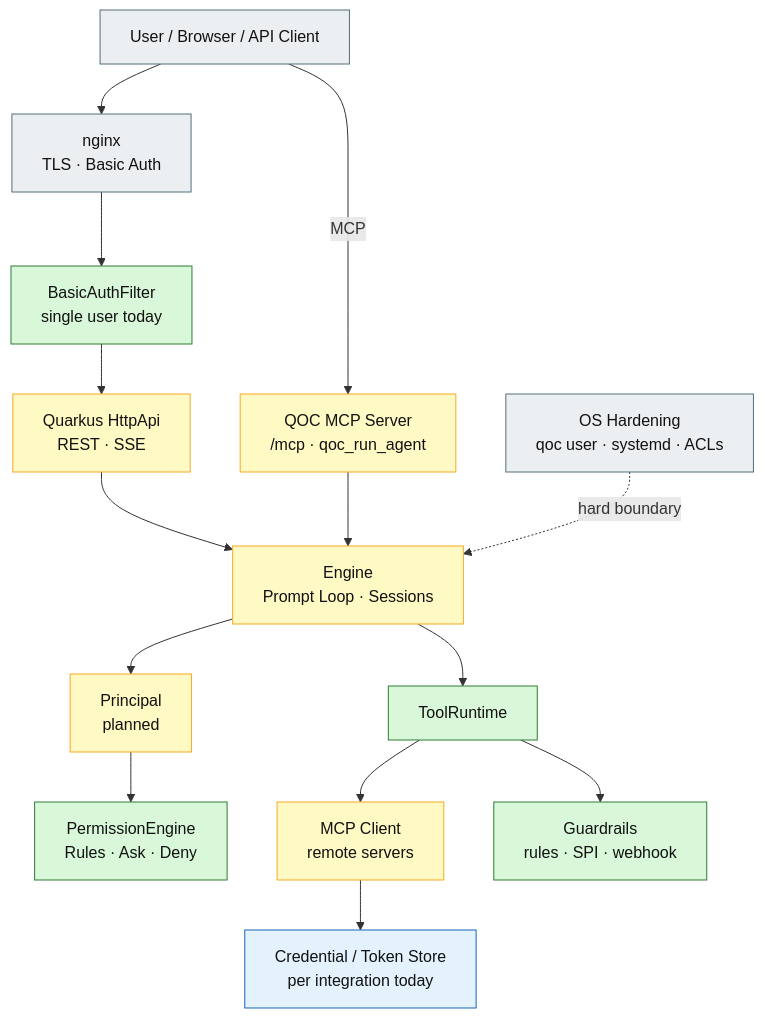
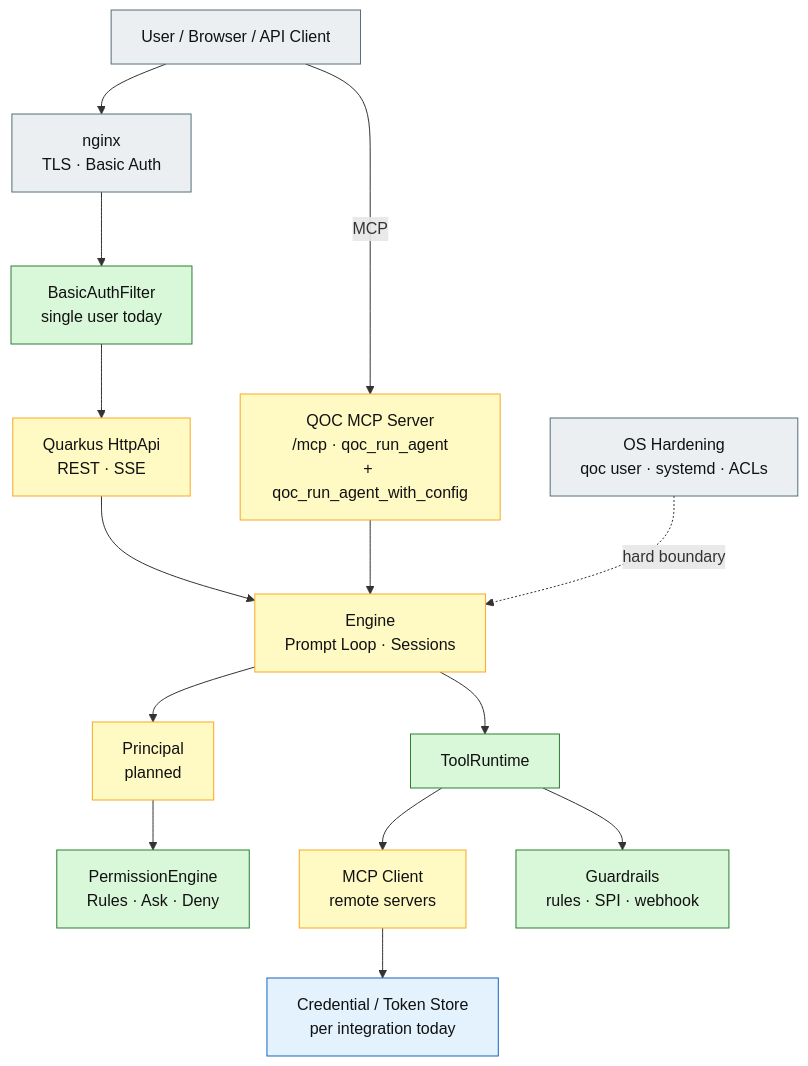
One commit to augmentia-de/QOC changed the diagram in docs/diagrams/11-security-and-mcp.md. Above: the diagram before and after it, drawn with Mermaid. The commit also changed other lines of this file and 99 other files, not shown here.

````diff
--- a/docs/diagrams/11-security-and-mcp.md
+++ b/docs/diagrams/11-security-and-mcp.md
@@ -9,36 +9,36 @@
 ```mermaid
 flowchart TB
   User["User / Browser / API Client"]:::ext
   Edge["nginx<br/>TLS · Basic Auth"]:::ext
   Api["Quarkus HttpApi<br/>REST · SSE"]:::mixed
   Auth["BasicAuthFilter<br/>single user today"]:::det
   Engine["Engine<br/>Prompt Loop · Sessions"]:::mixed
   Principal["Principal<br/>planned"]:::mixed
   Perm["PermissionEngine<br/>Rules · Ask · Deny"]:::det
   Tools["ToolRuntime"]:::det
   McpClient["MCP Client<br/>remote servers"]:::mixed
-  McpServer["QOC MCP Server<br/>/mcp · qoc_run_agent"]:::mixed
+  McpServer["QOC MCP Server<br/>/mcp · qoc_run_agent<br/>+ qoc_run_agent_with_config"]:::mixed
   TokenStore["Credential / Token Store<br/>per integration today"]:::store
   Guardrails["Guardrails<br/>rules · SPI · webhook"]:::det
   Os["OS Hardening<br/>qoc user · systemd · ACLs"]:::ext
 
   User --> Edge
   Edge --> Auth
   Auth --> Api
   Api --> Engine
   Engine --> Principal
   Principal --> Perm
   Engine --> Tools
   Tools --> Guardrails
   Tools --> McpClient
   McpClient --> TokenStore
   User -->|"MCP"| McpServer
   McpServer --> Engine
   Os -.->|"hard boundary"| Engine
 
   classDef det fill:#d9f7d9,stroke:#2e7d32,stroke-width:1px,color:#111;
   classDef llm fill:#ffe0b2,stroke:#e65100,stroke-width:1px,color:#111;
   classDef mixed fill:#fff9c4,stroke:#f9a825,stroke-width:1px,color:#111;
   classDef ext fill:#eceff1,stroke:#546e7a,stroke-width:1px,color:#111;
   classDef store fill:#e3f2fd,stroke:#1565c0,stroke-width:1px,color:#111;
 ```
````
